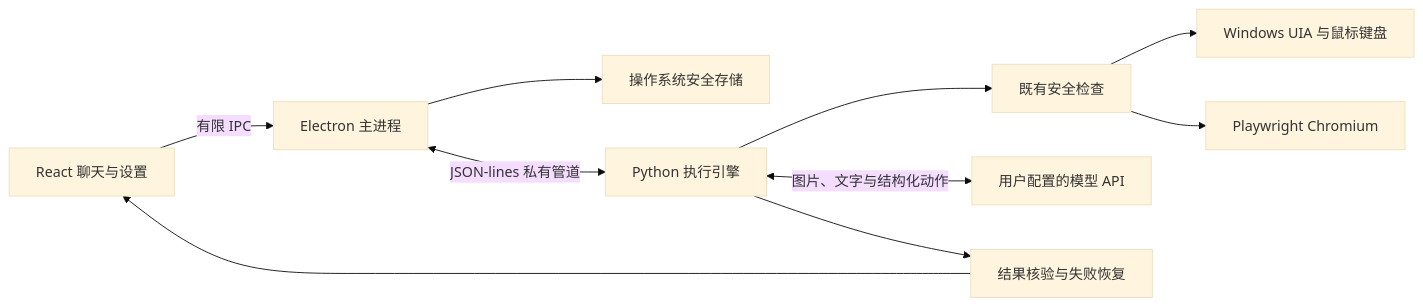
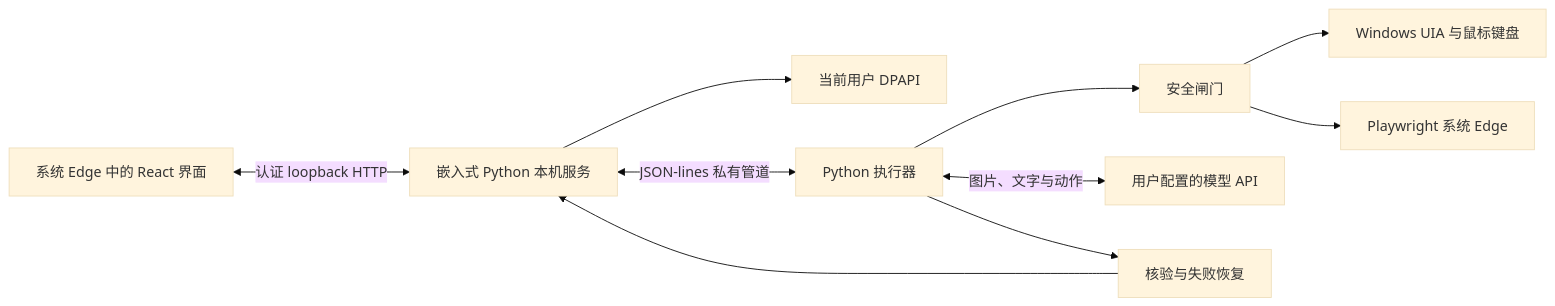
The diagram in docs/desktop-app.md (cszf1/gui-agent), drawn with Mermaid (base theme) before and after one commit. The commit also changed other lines of this file and 46 other files, not shown here.

Commit message:
feat: ship lean Windows app with embedded Python and system Edge

````diff
--- a/docs/desktop-app.md
+++ b/docs/desktop-app.md
@@ -19,12 +18,12 @@
 ```mermaid
 flowchart LR
-  UI[React 聊天与设置] -->|有限 IPC| Main[Electron 主进程]
-  Main --> Vault[操作系统安全存储]
-  Main <-->|JSON-lines 私有管道| Worker[Python 执行引擎]
-  Worker --> Guard[既有安全检查]
+  UI[系统 Edge 中的 React 界面] <-->|认证 loopback HTTP| Main[嵌入式 Python 本机服务]
+  Main --> Vault[当前用户 DPAPI]
+  Main <-->|JSON-lines 私有管道| Worker[Python 执行器]
+  Worker --> Guard[安全闸门]
   Guard --> Desktop[Windows UIA 与鼠标键盘]
-  Guard --> Browser[Playwright Chromium]
-  Worker <-->|图片、文字与结构化动作| Model[用户配置的模型 API]
-  Worker --> Verify[结果核验与失败恢复]
-  Verify --> UI
+  Guard --> Browser[Playwright 系统 Edge]
+  Worker <-->|图片、文字与动作| Model[用户配置的模型 API]
+  Worker --> Verify[核验与失败恢复]
+  Verify --> Main
 ```
````
